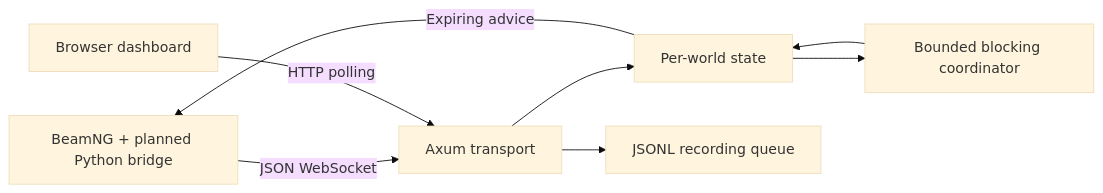
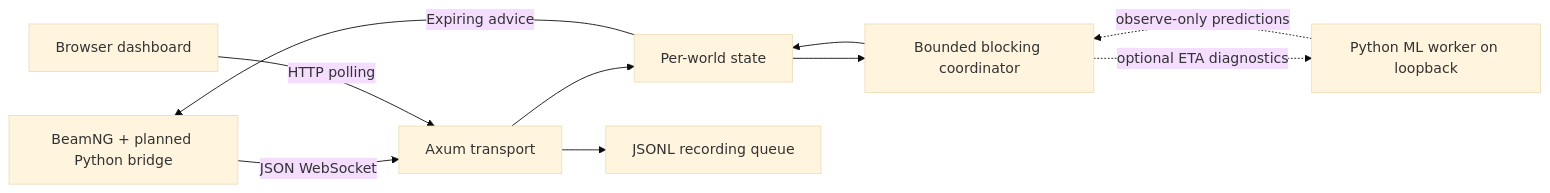
One commit to vinnavannewton/uriel changed the diagram in AI-Wiki/Projects/IBM/wiki/architecture.md. Above: the diagram before and after it, drawn with Mermaid (base theme). The commit also changed other lines of this file and 48 other files, not shown here.

````diff
--- a/AI-Wiki/Projects/IBM/wiki/architecture.md
+++ b/AI-Wiki/Projects/IBM/wiki/architecture.md
@@ -15,10 +15,12 @@
 ```mermaid
 flowchart LR
   B[BeamNG + planned Python bridge] -->|JSON WebSocket| T[Axum transport]
   T --> W[Per-world state]
   W --> C[Bounded blocking coordinator]
   C --> W
+  C -. optional ETA diagnostics .-> M[Python ML worker on loopback]
+  M -. observe-only predictions .-> C
   W -->|Expiring advice| B
   T --> R[JSONL recording queue]
   D[Browser dashboard] -->|HTTP polling| T
 ```
````
